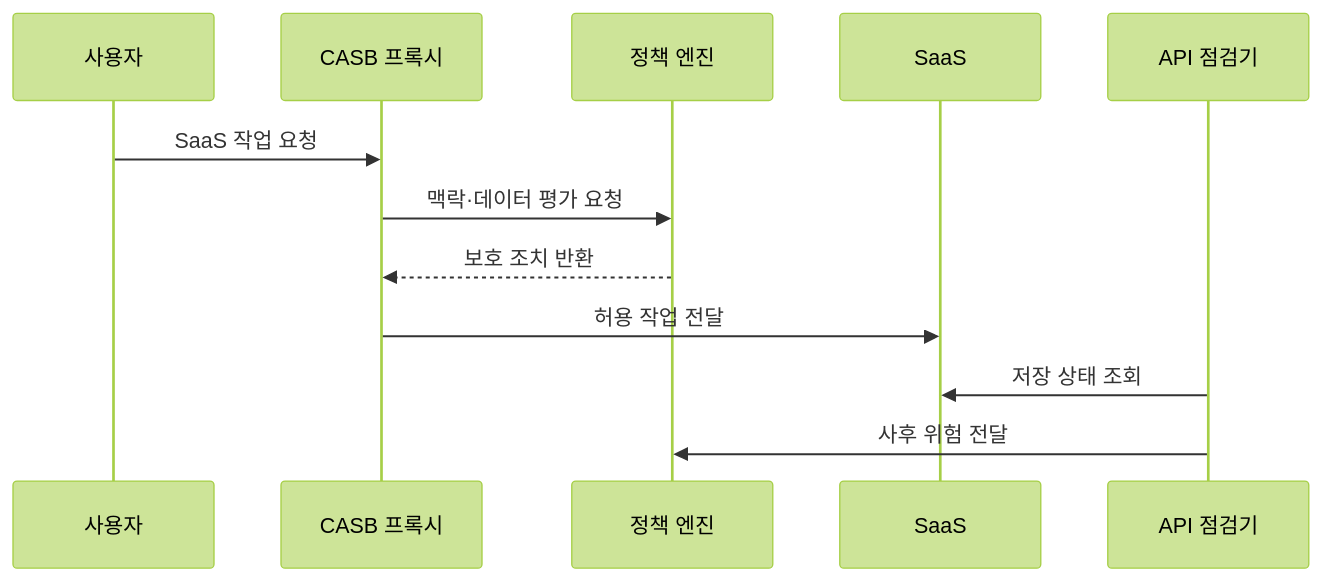
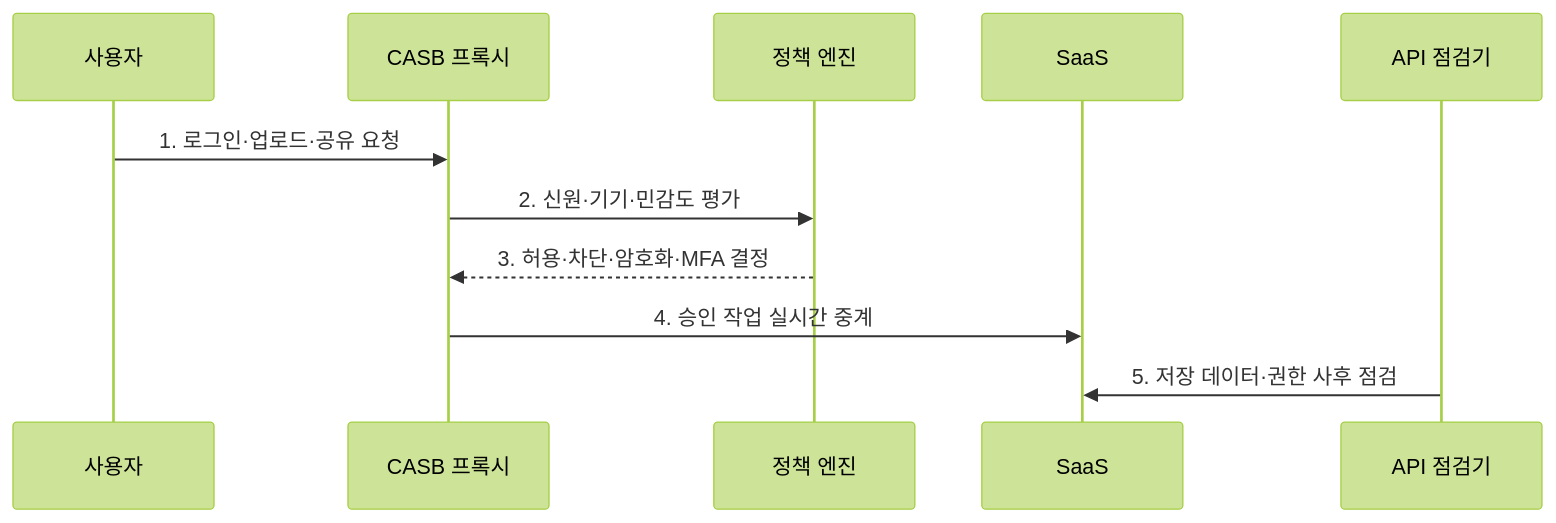
The second of 2 diagrams in src/content/docs/notes/05-security/072_casb.md (agnusdei1207/knowledge-base), drawn with Mermaid (forest theme) before and after one commit. The commit also changed other lines of this file and 4 other files, not shown here.

````diff
--- a/src/content/docs/notes/05-security/072_casb.md
+++ b/src/content/docs/notes/05-security/072_casb.md
@@ -87,14 +85,13 @@
 ```mermaid
 sequenceDiagram
     participant U as 사용자
     participant P as CASB 프록시
     participant E as 정책 엔진
     participant S as SaaS
     participant A as API 점검기
-    U->>P: SaaS 작업 요청
-    P->>E: 맥락·데이터 평가 요청
-    E-->>P: 보호 조치 반환
-    P->>S: 허용 작업 전달
-    A->>S: 저장 상태 조회
-    A->>E: 사후 위험 전달
+    U->>P: 1. 로그인·업로드·공유 요청
+    P->>E: 2. 신원·기기·민감도 평가
+    E-->>P: 3. 허용·차단·암호화·MFA 결정
+    P->>S: 4. 승인 작업 실시간 중계
+    A->>S: 5. 저장 데이터·권한 사후 점검
 ```
````
